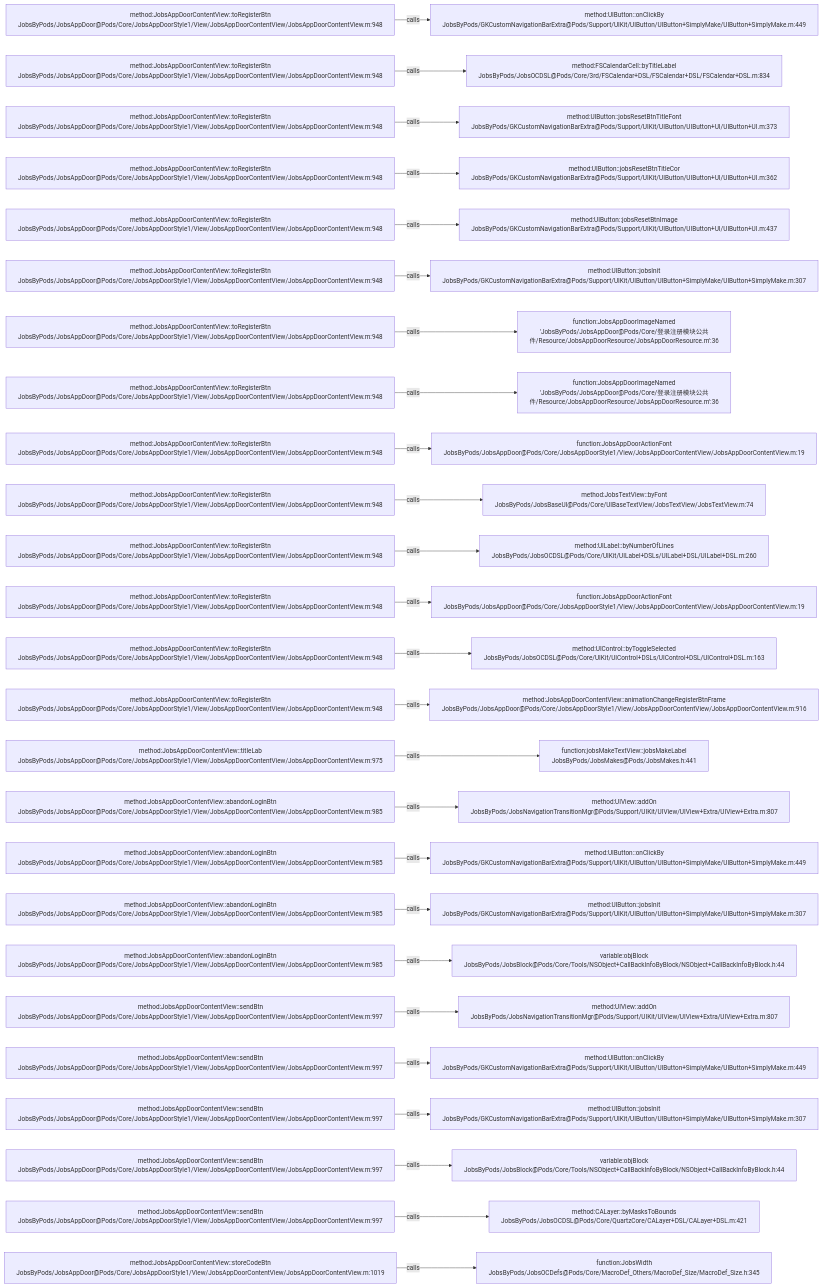
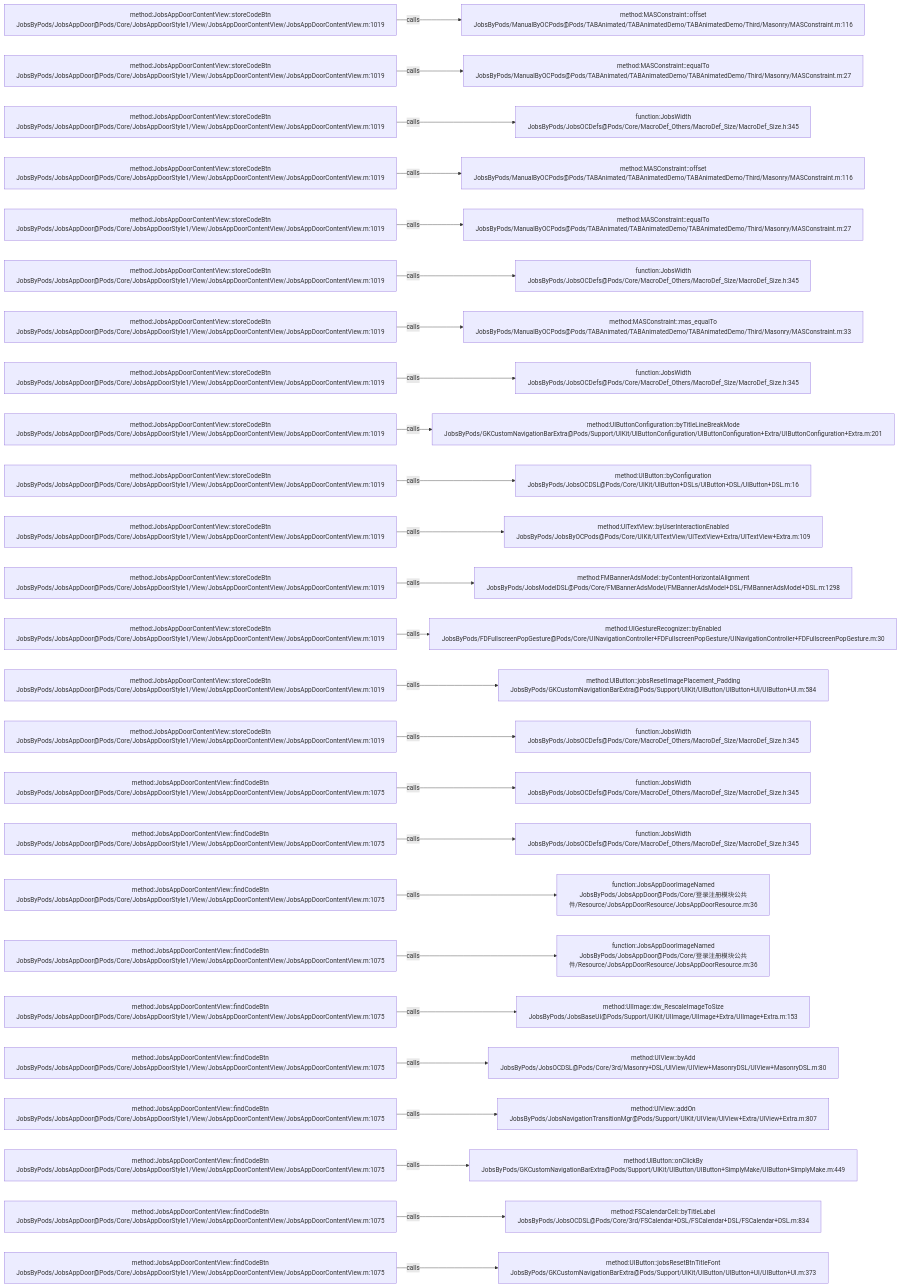
The diagram in .codegraph/codegraph.md/graphs/calls-100.md (JobsKits/JobsOCBaseConfigDemo), drawn with Mermaid before and after one commit. The commit also changed 223 other files, not shown here.

````diff
--- a/.codegraph/codegraph.md/graphs/calls-100.md
+++ b/.codegraph/codegraph.md/graphs/calls-100.md
@@ -13,78 +13,78 @@
 ```mermaid
 flowchart LR
-  S1["method:JobsAppDoorContentView::toRegisterBtn<br/>JobsByPods/JobsAppDoor@Pods/Core/JobsAppDoorStyle1/View/JobsAppDoorContentView/JobsAppDoorContentView.m:948"]
-  T1["method:UIButton::onClickBy<br/>JobsByPods/GKCustomNavigationBarExtra@Pods/Support/UIKit/UIButton/UIButton+SimplyMake/UIButton+SimplyMake.m:449"]
+  S1["method:JobsAppDoorContentView::storeCodeBtn<br/>JobsByPods/JobsAppDoor@Pods/Core/JobsAppDoorStyle1/View/JobsAppDoorContentView/JobsAppDoorContentView.m:1019"]
+  T1["method:MASConstraint::offset<br/>JobsByPods/ManualByOCPods@Pods/TABAnimated/TABAnimatedDemo/TABAnimatedDemo/Third/Masonry/MASConstraint.m:116"]
   S1 -->|calls| T1
-  S2["method:JobsAppDoorContentView::toRegisterBtn<br/>JobsByPods/JobsAppDoor@Pods/Core/JobsAppDoorStyle1/View/JobsAppDoorContentView/JobsAppDoorContentView.m:948"]
-  T2["method:FSCalendarCell::byTitleLabel<br/>JobsByPods/JobsOCDSL@Pods/Core/3rd/FSCalendar+DSL/FSCalendar+DSL/FSCalendar+DSL.m:834"]
+  S2["method:JobsAppDoorContentView::storeCodeBtn<br/>JobsByPods/JobsAppDoor@Pods/Core/JobsAppDoorStyle1/View/JobsAppDoorContentView/JobsAppDoorContentView.m:1019"]
+  T2["method:MASConstraint::equalTo<br/>JobsByPods/ManualByOCPods@Pods/TABAnimated/TABAnimatedDemo/TABAnimatedDemo/Third/Masonry/MASConstraint.m:27"]
   S2 -->|calls| T2
-  S3["method:JobsAppDoorContentView::toRegisterBtn<br/>JobsByPods/JobsAppDoor@Pods/Core/JobsAppDoorStyle1/View/JobsAppDoorContentView/JobsAppDoorContentView.m:948"]
-  T3["method:UIButton::jobsResetBtnTitleFont<br/>JobsByPods/GKCustomNavigationBarExtra@Pods/Support/UIKit/UIButton/UIButton+UI/UIButton+UI.m:373"]
+  S3["method:JobsAppDoorContentView::storeCodeBtn<br/>JobsByPods/JobsAppDoor@Pods/Core/JobsAppDoorStyle1/View/JobsAppDoorContentView/JobsAppDoorContentView.m:1019"]
+  T3["function:JobsWidth<br/>JobsByPods/JobsOCDefs@Pods/Core/MacroDef_Others/MacroDef_Size/MacroDef_Size.h:345"]
   S3 -->|calls| T3
-  S4["method:JobsAppDoorContentView::toRegisterBtn<br/>JobsByPods/JobsAppDoor@Pods/Core/JobsAppDoorStyle1/View/JobsAppDoorContentView/JobsAppDoorContentView.m:948"]
-  T4["method:UIButton::jobsResetBtnTitleCor<br/>JobsByPods/GKCustomNavigationBarExtra@Pods/Support/UIKit/UIButton/UIButton+UI/UIButton+UI.m:362"]
+  S4["method:JobsAppDoorContentView::storeCodeBtn<br/>JobsByPods/JobsAppDoor@Pods/Core/JobsAppDoorStyle1/View/JobsAppDoorContentView/JobsAppDoorContentView.m:1019"]
+  T4["method:MASConstraint::offset<br/>JobsByPods/ManualByOCPods@Pods/TABAnimated/TABAnimatedDemo/TABAnimatedDemo/Third/Masonry/MASConstraint.m:116"]
   S4 -->|calls| T4
-  S5["method:JobsAppDoorContentView::toRegisterBtn<br/>JobsByPods/JobsAppDoor@Pods/Core/JobsAppDoorStyle1/View/JobsAppDoorContentView/JobsAppDoorContentView.m:948"]
-  T5["method:UIButton::jobsResetBtnImage<br/>JobsByPods/GKCustomNavigationBarExtra@Pods/Support/UIKit/UIButton/UIButton+UI/UIButton+UI.m:437"]
+  S5["method:JobsAppDoorContentView::storeCodeBtn<br/>JobsByPods/JobsAppDoor@Pods/Core/JobsAppDoorStyle1/View/JobsAppDoorContentView/JobsAppDoorContentView.m:1019"]
+  T5["method:MASConstraint::equalTo<br/>JobsByPods/ManualByOCPods@Pods/TABAnimated/TABAnimatedDemo/TABAnimatedDemo/Third/Masonry/MASConstraint.m:27"]
   S5 -->|calls| T5
-  S6["method:JobsAppDoorContentView::toRegisterBtn<br/>JobsByPods/JobsAppDoor@Pods/Core/JobsAppDoorStyle1/View/JobsAppDoorContentView/JobsAppDoorContentView.m:948"]
-  T6["method:UIButton::jobsInit<br/>JobsByPods/GKCustomNavigationBarExtra@Pods/Support/UIKit/UIButton/UIButton+SimplyMake/UIButton+SimplyMake.m:307"]
+  S6["method:JobsAppDoorContentView::storeCodeBtn<br/>JobsByPods/JobsAppDoor@Pods/Core/JobsAppDoorStyle1/View/JobsAppDoorContentView/JobsAppDoorContentView.m:1019"]
+  T6["function:JobsWidth<br/>JobsByPods/JobsOCDefs@Pods/Core/MacroDef_Others/MacroDef_Size/MacroDef_Size.h:345"]
   S6 -->|calls| T6
-  S7["method:JobsAppDoorContentView::toRegisterBtn<br/>JobsByPods/JobsAppDoor@Pods/Core/JobsAppDoorStyle1/View/JobsAppDoorContentView/JobsAppDoorContentView.m:948"]
-  T7["function:JobsAppDoorImageNamed<br/>'JobsByPods/JobsAppDoor@Pods/Core/登录注册模块公共件/Resource/JobsAppDoorResource/JobsAppDoorResource.m':36"]
+  S7["method:JobsAppDoorContentView::storeCodeBtn<br/>JobsByPods/JobsAppDoor@Pods/Core/JobsAppDoorStyle1/View/JobsAppDoorContentView/JobsAppDoorContentView.m:1019"]
+  T7["method:MASConstraint::mas_equalTo<br/>JobsByPods/ManualByOCPods@Pods/TABAnimated/TABAnimatedDemo/TABAnimatedDemo/Third/Masonry/MASConstraint.m:33"]
   S7 -->|calls| T7
-  S8["method:JobsAppDoorContentView::toRegisterBtn<br/>JobsByPods/JobsAppDoor@Pods/Core/JobsAppDoorStyle1/View/JobsAppDoorContentView/JobsAppDoorContentView.m:948"]
-  T8["function:JobsAppDoorImageNamed<br/>'JobsByPods/JobsAppDoor@Pods/Core/登录注册模块公共件/Resource/JobsAppDoorResource/JobsAppDoorResource.m':36"]
+  S8["method:JobsAppDoorContentView::storeCodeBtn<br/>JobsByPods/JobsAppDoor@Pods/Core/JobsAppDoorStyle1/View/JobsAppDoorContentView/JobsAppDoorContentView.m:1019"]
+  T8["function:JobsWidth<br/>JobsByPods/JobsOCDefs@Pods/Core/MacroDef_Others/MacroDef_Size/MacroDef_Size.h:345"]
   S8 -->|calls| T8
-  S9["method:JobsAppDoorContentView::toRegisterBtn<br/>JobsByPods/JobsAppDoor@Pods/Core/JobsAppDoorStyle1/View/JobsAppDoorContentView/JobsAppDoorContentView.m:948"]
-  T9["function:JobsAppDoorActionFont<br/>JobsByPods/JobsAppDoor@Pods/Core/JobsAppDoorStyle1/View/JobsAppDoorContentView/JobsAppDoorContentView.m:19"]
+  S9["method:JobsAppDoorContentView::storeCodeBtn<br/>JobsByPods/JobsAppDoor@Pods/Core/JobsAppDoorStyle1/View/JobsAppDoorContentView/JobsAppDoorContentView.m:1019"]
+  T9["method:UIButtonConfiguration::byTitleLineBreakMode<br/>JobsByPods/GKCustomNavigationBarExtra@Pods/Support/UIKit/UIButtonConfiguration/UIButtonConfiguration+Extra/UIButtonConfiguration+Extra.m:201"]
   S9 -->|calls| T9
-  S10["method:JobsAppDoorContentView::toRegisterBtn<br/>JobsByPods/JobsAppDoor@Pods/Core/JobsAppDoorStyle1/View/JobsAppDoorContentView/JobsAppDoorContentView.m:948"]
-  T10["method:JobsTextView::byFont<br/>JobsByPods/JobsBaseUI@Pods/Core/UIBaseTextView/JobsTextView/JobsTextView.m:74"]
+  S10["method:JobsAppDoorContentView::storeCodeBtn<br/>JobsByPods/JobsAppDoor@Pods/Core/JobsAppDoorStyle1/View/JobsAppDoorContentView/JobsAppDoorContentView.m:1019"]
+  T10["method:UIButton::byConfiguration<br/>JobsByPods/JobsOCDSL@Pods/Core/UIKit/UIButton+DSLs/UIButton+DSL/UIButton+DSL.m:16"]
   S10 -->|calls| T10
-  S11["method:JobsAppDoorContentView::toRegisterBtn<br/>JobsByPods/JobsAppDoor@Pods/Core/JobsAppDoorStyle1/View/JobsAppDoorContentView/JobsAppDoorContentView.m:948"]
-  T11["method:UILabel::byNumberOfLines<br/>JobsByPods/JobsOCDSL@Pods/Core/UIKit/UILabel+DSLs/UILabel+DSL/UILabel+DSL.m:260"]
+  S11["method:JobsAppDoorContentView::storeCodeBtn<br/>JobsByPods/JobsAppDoor@Pods/Core/JobsAppDoorStyle1/View/JobsAppDoorContentView/JobsAppDoorContentView.m:1019"]
+  T11["method:UITextView::byUserInteractionEnabled<br/>JobsByPods/JobsByOCPods@Pods/Core/UIKit/UITextView/UITextView+Extra/UITextView+Extra.m:109"]
   S11 -->|calls| T11
-  S12["method:JobsAppDoorContentView::toRegisterBtn<br/>JobsByPods/JobsAppDoor@Pods/Core/JobsAppDoorStyle1/View/JobsAppDoorContentView/JobsAppDoorContentView.m:948"]
-  T12["function:JobsAppDoorActionFont<br/>JobsByPods/JobsAppDoor@Pods/Core/JobsAppDoorStyle1/View/JobsAppDoorContentView/JobsAppDoorContentView.m:19"]
+  S12["method:JobsAppDoorContentView::storeCodeBtn<br/>JobsByPods/JobsAppDoor@Pods/Core/JobsAppDoorStyle1/View/JobsAppDoorContentView/JobsAppDoorContentView.m:1019"]
+  T12["method:FMBannerAdsModel::byContentHorizontalAlignment<br/>JobsByPods/JobsModelDSL@Pods/Core/FMBannerAdsModel/FMBannerAdsModel+DSL/FMBannerAdsModel+DSL.m:1298"]
   S12 -->|calls| T12
-  S13["method:JobsAppDoorContentView::toRegisterBtn<br/>JobsByPods/JobsAppDoor@Pods/Core/JobsAppDoorStyle1/View/JobsAppDoorContentView/JobsAppDoorContentView.m:948"]
-  T13["method:UIControl::byToggleSelected<br/>JobsByPods/JobsOCDSL@Pods/Core/UIKit/UIControl+DSLs/UIControl+DSL/UIControl+DSL.m:163"]
+  S13["method:JobsAppDoorContentView::storeCodeBtn<br/>JobsByPods/JobsAppDoor@Pods/Core/JobsAppDoorStyle1/View/JobsAppDoorContentView/JobsAppDoorContentView.m:1019"]
+  T13["method:UIGestureRecognizer::byEnabled<br/>JobsByPods/FDFullscreenPopGesture@Pods/Core/UINavigationController+FDFullscreenPopGesture/UINavigationController+FDFullscreenPopGesture.m:30"]
   S13 -->|calls| T13
-  S14["method:JobsAppDoorContentView::toRegisterBtn<br/>JobsByPods/JobsAppDoor@Pods/Core/JobsAppDoorStyle1/View/JobsAppDoorContentView/JobsAppDoorContentView.m:948"]
-  T14["method:JobsAppDoorContentView::animationChangeRegisterBtnFrame<br/>JobsByPods/JobsAppDoor@Pods/Core/JobsAppDoorStyle1/View/JobsAppDoorContentView/JobsAppDoorContentView.m:916"]
+  S14["method:JobsAppDoorContentView::storeCodeBtn<br/>JobsByPods/JobsAppDoor@Pods/Core/JobsAppDoorStyle1/View/JobsAppDoorContentView/JobsAppDoorContentView.m:1019"]
+  T14["method:UIButton::jobsResetImagePlacement_Padding<br/>JobsByPods/GKCustomNavigationBarExtra@Pods/Support/UIKit/UIButton/UIButton+UI/UIButton+UI.m:584"]
   S14 -->|calls| T14
-  S15["method:JobsAppDoorContentView::titleLab<br/>JobsByPods/JobsAppDoor@Pods/Core/JobsAppDoorStyle1/View/JobsAppDoorContentView/JobsAppDoorContentView.m:975"]
-  T15["function:jobsMakeTextView::jobsMakeLabel<br/>JobsByPods/JobsMakes@Pods/JobsMakes.h:441"]
+  S15["method:JobsAppDoorContentView::storeCodeBtn<br/>JobsByPods/JobsAppDoor@Pods/Core/JobsAppDoorStyle1/View/JobsAppDoorContentView/JobsAppDoorContentView.m:1019"]
+  T15["function:JobsWidth<br/>JobsByPods/JobsOCDefs@Pods/Core/MacroDef_Others/MacroDef_Size/MacroDef_Size.h:345"]
   S15 -->|calls| T15
-  S16["method:JobsAppDoorContentView::abandonLoginBtn<br/>JobsByPods/JobsAppDoor@Pods/Core/JobsAppDoorStyle1/View/JobsAppDoorContentView/JobsAppDoorContentView.m:985"]
-  T16["method:UIView::addOn<br/>JobsByPods/JobsNavigationTransitionMgr@Pods/Support/UIKit/UIView/UIView+Extra/UIView+Extra.m:807"]
+  S16["method:JobsAppDoorContentView::findCodeBtn<br/>JobsByPods/JobsAppDoor@Pods/Core/JobsAppDoorStyle1/View/JobsAppDoorContentView/JobsAppDoorContentView.m:1075"]
+  T16["function:JobsWidth<br/>JobsByPods/JobsOCDefs@Pods/Core/MacroDef_Others/MacroDef_Size/MacroDef_Size.h:345"]
   S16 -->|calls| T16
-  S17["method:JobsAppDoorContentView::abandonLoginBtn<br/>JobsByPods/JobsAppDoor@Pods/Core/JobsAppDoorStyle1/View/JobsAppDoorContentView/JobsAppDoorContentView.m:985"]
-  T17["method:UIButton::onClickBy<br/>JobsByPods/GKCustomNavigationBarExtra@Pods/Support/UIKit/UIButton/UIButton+SimplyMake/UIButton+SimplyMake.m:449"]
+  S17["method:JobsAppDoorContentView::findCodeBtn<br/>JobsByPods/JobsAppDoor@Pods/Core/JobsAppDoorStyle1/View/JobsAppDoorContentView/JobsAppDoorContentView.m:1075"]
+  T17["function:JobsWidth<br/>JobsByPods/JobsOCDefs@Pods/Core/MacroDef_Others/MacroDef_Size/MacroDef_Size.h:345"]
   S17 -->|calls| T17
-  S18["method:JobsAppDoorContentView::abandonLoginBtn<br/>JobsByPods/JobsAppDoor@Pods/Core/JobsAppDoorStyle1/View/JobsAppDoorContentView/JobsAppDoorContentView.m:985"]
-  T18["method:UIButton::jobsInit<br/>JobsByPods/GKCustomNavigationBarExtra@Pods/Support/UIKit/UIButton/UIButton+SimplyMake/UIButton+SimplyMake.m:307"]
+  S18["method:JobsAppDoorContentView::findCodeBtn<br/>JobsByPods/JobsAppDoor@Pods/Core/JobsAppDoorStyle1/View/JobsAppDoorContentView/JobsAppDoorContentView.m:1075"]
+  T18["function:JobsAppDoorImageNamed<br/>JobsByPods/JobsAppDoor@Pods/Core/登录注册模块公共件/Resource/JobsAppDoorResource/JobsAppDoorResource.m:36"]
   S18 -->|calls| T18
-  S19["method:JobsAppDoorContentView::abandonLoginBtn<br/>JobsByPods/JobsAppDoor@Pods/Core/JobsAppDoorStyle1/View/JobsAppDoorContentView/JobsAppDoorContentView.m:985"]
-  T19["variable:objBlock<br/>JobsByPods/JobsBlock@Pods/Core/Tools/NSObject+CallBackInfoByBlock/NSObject+CallBackInfoByBlock.h:44"]
+  S19["method:JobsAppDoorContentView::findCodeBtn<br/>JobsByPods/JobsAppDoor@Pods/Core/JobsAppDoorStyle1/View/JobsAppDoorContentView/JobsAppDoorContentView.m:1075"]
+  T19["function:JobsAppDoorImageNamed<br/>JobsByPods/JobsAppDoor@Pods/Core/登录注册模块公共件/Resource/JobsAppDoorResource/JobsAppDoorResource.m:36"]
   S19 -->|calls| T19
-  S20["method:JobsAppDoorContentView::sendBtn<br/>JobsByPods/JobsAppDoor@Pods/Core/JobsAppDoorStyle1/View/JobsAppDoorContentView/JobsAppDoorContentView.m:997"]
-  T20["method:UIView::addOn<br/>JobsByPods/JobsNavigationTransitionMgr@Pods/Support/UIKit/UIView/UIView+Extra/UIView+Extra.m:807"]
+  S20["method:JobsAppDoorContentView::findCodeBtn<br/>JobsByPods/JobsAppDoor@Pods/Core/JobsAppDoorStyle1/View/JobsAppDoorContentView/JobsAppDoorContentView.m:1075"]
+  T20["method:UIImage::dw_RescaleImageToSize<br/>JobsByPods/JobsBaseUI@Pods/Support/UIKit/UIImage/UIImage+Extra/UIImage+Extra.m:153"]
   S20 -->|calls| T20
-  S21["method:JobsAppDoorContentView::sendBtn<br/>JobsByPods/JobsAppDoor@Pods/Core/JobsAppDoorStyle1/View/JobsAppDoorContentView/JobsAppDoorContentView.m:997"]
-  T21["method:UIButton::onClickBy<br/>JobsByPods/GKCustomNavigationBarExtra@Pods/Support/UIKit/UIButton/UIButton+SimplyMake/UIButton+SimplyMake.m:449"]
+  S21["method:JobsAppDoorContentView::findCodeBtn<br/>JobsByPods/JobsAppDoor@Pods/Core/JobsAppDoorStyle1/View/JobsAppDoorContentView/JobsAppDoorContentView.m:1075"]
+  T21["method:UIView::byAdd<br/>JobsByPods/JobsOCDSL@Pods/Core/3rd/Masonry+DSL/UIView/UIView+MasonryDSL/UIView+MasonryDSL.m:80"]
   S21 -->|calls| T21
-  S22["method:JobsAppDoorContentView::sendBtn<br/>JobsByPods/JobsAppDoor@Pods/Core/JobsAppDoorStyle1/View/JobsAppDoorContentView/JobsAppDoorContentView.m:997"]
-  T22["method:UIButton::jobsInit<br/>JobsByPods/GKCustomNavigationBarExtra@Pods/Support/UIKit/UIButton/UIButton+SimplyMake/UIButton+SimplyMake.m:307"]
+  S22["method:JobsAppDoorContentView::findCodeBtn<br/>JobsByPods/JobsAppDoor@Pods/Core/JobsAppDoorStyle1/View/JobsAppDoorContentView/JobsAppDoorContentView.m:1075"]
+  T22["method:UIView::addOn<br/>JobsByPods/JobsNavigationTransitionMgr@Pods/Support/UIKit/UIView/UIView+Extra/UIView+Extra.m:807"]
   S22 -->|calls| T22
-  S23["method:JobsAppDoorContentView::sendBtn<br/>JobsByPods/JobsAppDoor@Pods/Core/JobsAppDoorStyle1/View/JobsAppDoorContentView/JobsAppDoorContentView.m:997"]
-  T23["variable:objBlock<br/>JobsByPods/JobsBlock@Pods/Core/Tools/NSObject+CallBackInfoByBlock/NSObject+CallBackInfoByBlock.h:44"]
+  S23["method:JobsAppDoorContentView::findCodeBtn<br/>JobsByPods/JobsAppDoor@Pods/Core/JobsAppDoorStyle1/View/JobsAppDoorContentView/JobsAppDoorContentView.m:1075"]
+  T23["method:UIButton::onClickBy<br/>JobsByPods/GKCustomNavigationBarExtra@Pods/Support/UIKit/UIButton/UIButton+SimplyMake/UIButton+SimplyMake.m:449"]
   S23 -->|calls| T23
-  S24["method:JobsAppDoorContentView::sendBtn<br/>JobsByPods/JobsAppDoor@Pods/Core/JobsAppDoorStyle1/View/JobsAppDoorContentView/JobsAppDoorContentView.m:997"]
-  T24["method:CALayer::byMasksToBounds<br/>JobsByPods/JobsOCDSL@Pods/Core/QuartzCore/CALayer+DSL/CALayer+DSL.m:421"]
+  S24["method:JobsAppDoorContentView::findCodeBtn<br/>JobsByPods/JobsAppDoor@Pods/Core/JobsAppDoorStyle1/View/JobsAppDoorContentView/JobsAppDoorContentView.m:1075"]
+  T24["method:FSCalendarCell::byTitleLabel<br/>JobsByPods/JobsOCDSL@Pods/Core/3rd/FSCalendar+DSL/FSCalendar+DSL/FSCalendar+DSL.m:834"]
   S24 -->|calls| T24
-  S25["method:JobsAppDoorContentView::storeCodeBtn<br/>JobsByPods/JobsAppDoor@Pods/Core/JobsAppDoorStyle1/View/JobsAppDoorContentView/JobsAppDoorContentView.m:1019"]
-  T25["function:JobsWidth<br/>JobsByPods/JobsOCDefs@Pods/Core/MacroDef_Others/MacroDef_Size/MacroDef_Size.h:345"]
+  S25["method:JobsAppDoorContentView::findCodeBtn<br/>JobsByPods/JobsAppDoor@Pods/Core/JobsAppDoorStyle1/View/JobsAppDoorContentView/JobsAppDoorContentView.m:1075"]
+  T25["method:UIButton::jobsResetBtnTitleFont<br/>JobsByPods/GKCustomNavigationBarExtra@Pods/Support/UIKit/UIButton/UIButton+UI/UIButton+UI.m:373"]
   S25 -->|calls| T25
 ```
````
